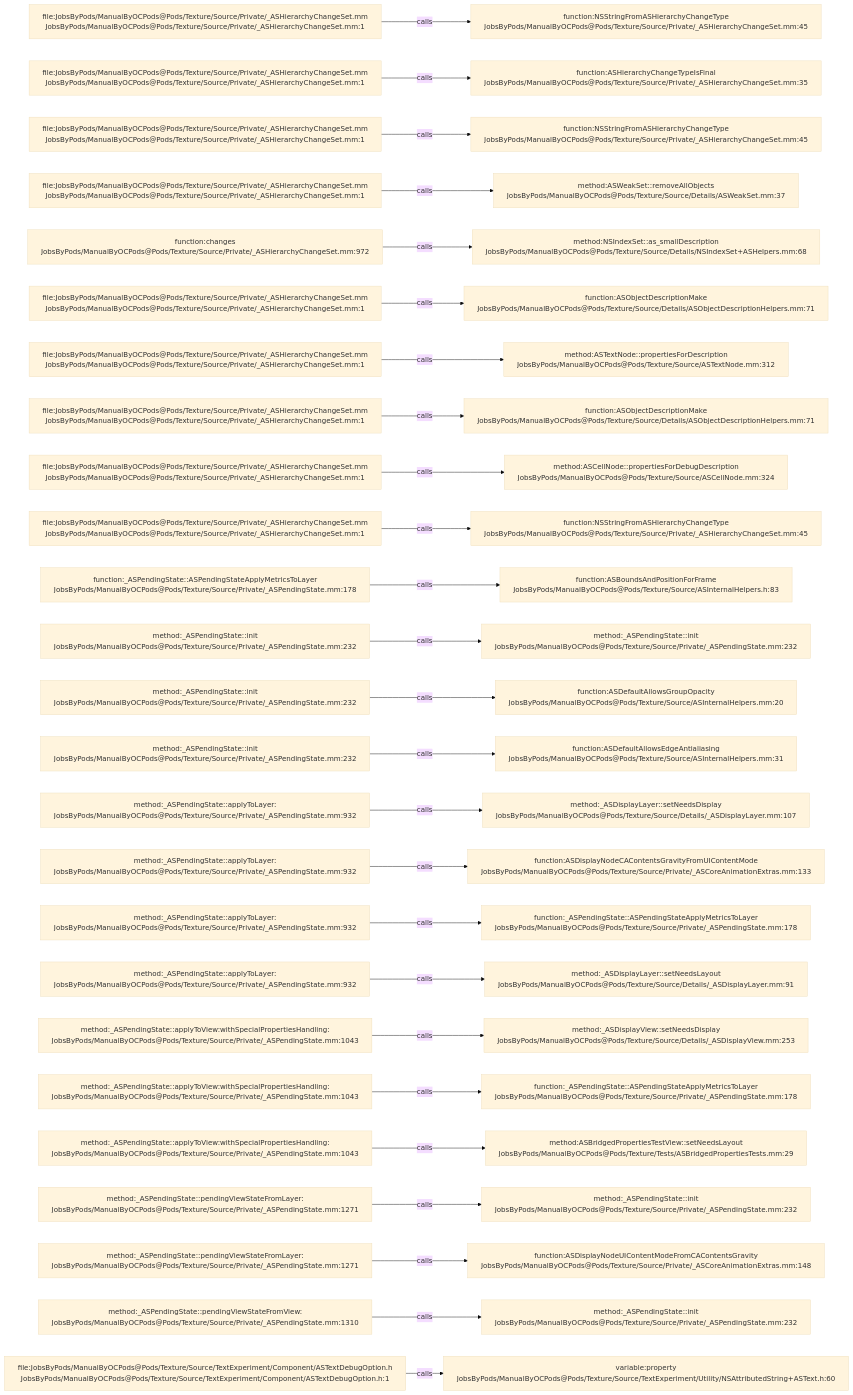
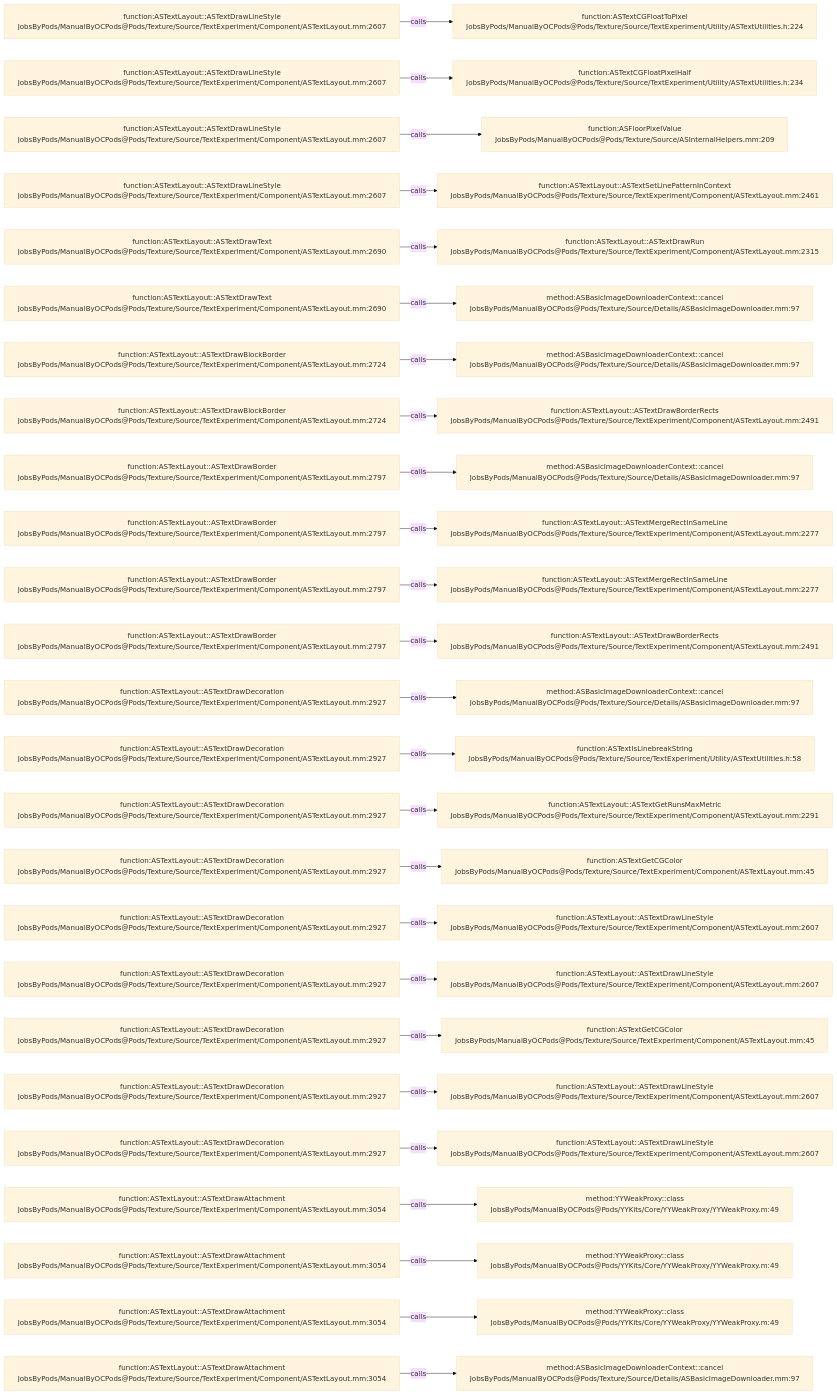
Before and after one commit to JobsKits/JobsOCBaseConfigDemo: the diagram in .codegraph/codegraph.md/graphs/calls-197.md, drawn with Mermaid (base theme). The commit also changed 1448 other files, not shown here.

````diff
--- a/.codegraph/codegraph.md/graphs/calls-197.md
+++ b/.codegraph/codegraph.md/graphs/calls-197.md
@@ -13,78 +13,78 @@
 ```mermaid
 flowchart LR
-  S1["file:JobsByPods/ManualByOCPods@Pods/Texture/Source/Private/_ASHierarchyChangeSet.mm<br/>JobsByPods/ManualByOCPods@Pods/Texture/Source/Private/_ASHierarchyChangeSet.mm:1"]
-  T1["function:NSStringFromASHierarchyChangeType<br/>JobsByPods/ManualByOCPods@Pods/Texture/Source/Private/_ASHierarchyChangeSet.mm:45"]
+  S1["function:ASTextLayout::ASTextDrawLineStyle<br/>JobsByPods/ManualByOCPods@Pods/Texture/Source/TextExperiment/Component/ASTextLayout.mm:2607"]
+  T1["function:ASTextCGFloatToPixel<br/>JobsByPods/ManualByOCPods@Pods/Texture/Source/TextExperiment/Utility/ASTextUtilities.h:224"]
   S1 -->|calls| T1
-  S2["file:JobsByPods/ManualByOCPods@Pods/Texture/Source/Private/_ASHierarchyChangeSet.mm<br/>JobsByPods/ManualByOCPods@Pods/Texture/Source/Private/_ASHierarchyChangeSet.mm:1"]
-  T2["function:ASHierarchyChangeTypeIsFinal<br/>JobsByPods/ManualByOCPods@Pods/Texture/Source/Private/_ASHierarchyChangeSet.mm:35"]
+  S2["function:ASTextLayout::ASTextDrawLineStyle<br/>JobsByPods/ManualByOCPods@Pods/Texture/Source/TextExperiment/Component/ASTextLayout.mm:2607"]
+  T2["function:ASTextCGFloatPixelHalf<br/>JobsByPods/ManualByOCPods@Pods/Texture/Source/TextExperiment/Utility/ASTextUtilities.h:234"]
   S2 -->|calls| T2
-  S3["file:JobsByPods/ManualByOCPods@Pods/Texture/Source/Private/_ASHierarchyChangeSet.mm<br/>JobsByPods/ManualByOCPods@Pods/Texture/Source/Private/_ASHierarchyChangeSet.mm:1"]
-  T3["function:NSStringFromASHierarchyChangeType<br/>JobsByPods/ManualByOCPods@Pods/Texture/Source/Private/_ASHierarchyChangeSet.mm:45"]
+  S3["function:ASTextLayout::ASTextDrawLineStyle<br/>JobsByPods/ManualByOCPods@Pods/Texture/Source/TextExperiment/Component/ASTextLayout.mm:2607"]
+  T3["function:ASFloorPixelValue<br/>JobsByPods/ManualByOCPods@Pods/Texture/Source/ASInternalHelpers.mm:209"]
   S3 -->|calls| T3
-  S4["file:JobsByPods/ManualByOCPods@Pods/Texture/Source/Private/_ASHierarchyChangeSet.mm<br/>JobsByPods/ManualByOCPods@Pods/Texture/Source/Private/_ASHierarchyChangeSet.mm:1"]
-  T4["method:ASWeakSet::removeAllObjects<br/>JobsByPods/ManualByOCPods@Pods/Texture/Source/Details/ASWeakSet.mm:37"]
+  S4["function:ASTextLayout::ASTextDrawLineStyle<br/>JobsByPods/ManualByOCPods@Pods/Texture/Source/TextExperiment/Component/ASTextLayout.mm:2607"]
+  T4["function:ASTextLayout::ASTextSetLinePatternInContext<br/>JobsByPods/ManualByOCPods@Pods/Texture/Source/TextExperiment/Component/ASTextLayout.mm:2461"]
   S4 -->|calls| T4
-  S5["function:changes<br/>JobsByPods/ManualByOCPods@Pods/Texture/Source/Private/_ASHierarchyChangeSet.mm:972"]
-  T5["method:NSIndexSet::as_smallDescription<br/>JobsByPods/ManualByOCPods@Pods/Texture/Source/Details/NSIndexSet+ASHelpers.mm:68"]
+  S5["function:ASTextLayout::ASTextDrawText<br/>JobsByPods/ManualByOCPods@Pods/Texture/Source/TextExperiment/Component/ASTextLayout.mm:2690"]
+  T5["function:ASTextLayout::ASTextDrawRun<br/>JobsByPods/ManualByOCPods@Pods/Texture/Source/TextExperiment/Component/ASTextLayout.mm:2315"]
   S5 -->|calls| T5
-  S6["file:JobsByPods/ManualByOCPods@Pods/Texture/Source/Private/_ASHierarchyChangeSet.mm<br/>JobsByPods/ManualByOCPods@Pods/Texture/Source/Private/_ASHierarchyChangeSet.mm:1"]
-  T6["function:ASObjectDescriptionMake<br/>JobsByPods/ManualByOCPods@Pods/Texture/Source/Details/ASObjectDescriptionHelpers.mm:71"]
+  S6["function:ASTextLayout::ASTextDrawText<br/>JobsByPods/ManualByOCPods@Pods/Texture/Source/TextExperiment/Component/ASTextLayout.mm:2690"]
+  T6["method:ASBasicImageDownloaderContext::cancel<br/>JobsByPods/ManualByOCPods@Pods/Texture/Source/Details/ASBasicImageDownloader.mm:97"]
   S6 -->|calls| T6
-  S7["file:JobsByPods/ManualByOCPods@Pods/Texture/Source/Private/_ASHierarchyChangeSet.mm<br/>JobsByPods/ManualByOCPods@Pods/Texture/Source/Private/_ASHierarchyChangeSet.mm:1"]
-  T7["method:ASTextNode::propertiesForDescription<br/>JobsByPods/ManualByOCPods@Pods/Texture/Source/ASTextNode.mm:312"]
+  S7["function:ASTextLayout::ASTextDrawBlockBorder<br/>JobsByPods/ManualByOCPods@Pods/Texture/Source/TextExperiment/Component/ASTextLayout.mm:2724"]
+  T7["method:ASBasicImageDownloaderContext::cancel<br/>JobsByPods/ManualByOCPods@Pods/Texture/Source/Details/ASBasicImageDownloader.mm:97"]
   S7 -->|calls| T7
-  S8["file:JobsByPods/ManualByOCPods@Pods/Texture/Source/Private/_ASHierarchyChangeSet.mm<br/>JobsByPods/ManualByOCPods@Pods/Texture/Source/Private/_ASHierarchyChangeSet.mm:1"]
-  T8["function:ASObjectDescriptionMake<br/>JobsByPods/ManualByOCPods@Pods/Texture/Source/Details/ASObjectDescriptionHelpers.mm:71"]
+  S8["function:ASTextLayout::ASTextDrawBlockBorder<br/>JobsByPods/ManualByOCPods@Pods/Texture/Source/TextExperiment/Component/ASTextLayout.mm:2724"]
+  T8["function:ASTextLayout::ASTextDrawBorderRects<br/>JobsByPods/ManualByOCPods@Pods/Texture/Source/TextExperiment/Component/ASTextLayout.mm:2491"]
   S8 -->|calls| T8
-  S9["file:JobsByPods/ManualByOCPods@Pods/Texture/Source/Private/_ASHierarchyChangeSet.mm<br/>JobsByPods/ManualByOCPods@Pods/Texture/Source/Private/_ASHierarchyChangeSet.mm:1"]
-  T9["method:ASCellNode::propertiesForDebugDescription<br/>JobsByPods/ManualByOCPods@Pods/Texture/Source/ASCellNode.mm:324"]
+  S9["function:ASTextLayout::ASTextDrawBorder<br/>JobsByPods/ManualByOCPods@Pods/Texture/Source/TextExperiment/Component/ASTextLayout.mm:2797"]
+  T9["method:ASBasicImageDownloaderContext::cancel<br/>JobsByPods/ManualByOCPods@Pods/Texture/Source/Details/ASBasicImageDownloader.mm:97"]
   S9 -->|calls| T9
-  S10["file:JobsByPods/ManualByOCPods@Pods/Texture/Source/Private/_ASHierarchyChangeSet.mm<br/>JobsByPods/ManualByOCPods@Pods/Texture/Source/Private/_ASHierarchyChangeSet.mm:1"]
-  T10["function:NSStringFromASHierarchyChangeType<br/>JobsByPods/ManualByOCPods@Pods/Texture/Source/Private/_ASHierarchyChangeSet.mm:45"]
+  S10["function:ASTextLayout::ASTextDrawBorder<br/>JobsByPods/ManualByOCPods@Pods/Texture/Source/TextExperiment/Component/ASTextLayout.mm:2797"]
+  T10["function:ASTextLayout::ASTextMergeRectInSameLine<br/>JobsByPods/ManualByOCPods@Pods/Texture/Source/TextExperiment/Component/ASTextLayout.mm:2277"]
   S10 -->|calls| T10
-  S11["function:_ASPendingState::ASPendingStateApplyMetricsToLayer<br/>JobsByPods/ManualByOCPods@Pods/Texture/Source/Private/_ASPendingState.mm:178"]
-  T11["function:ASBoundsAndPositionForFrame<br/>JobsByPods/ManualByOCPods@Pods/Texture/Source/ASInternalHelpers.h:83"]
+  S11["function:ASTextLayout::ASTextDrawBorder<br/>JobsByPods/ManualByOCPods@Pods/Texture/Source/TextExperiment/Component/ASTextLayout.mm:2797"]
+  T11["function:ASTextLayout::ASTextMergeRectInSameLine<br/>JobsByPods/ManualByOCPods@Pods/Texture/Source/TextExperiment/Component/ASTextLayout.mm:2277"]
   S11 -->|calls| T11
-  S12["method:_ASPendingState::init<br/>JobsByPods/ManualByOCPods@Pods/Texture/Source/Private/_ASPendingState.mm:232"]
-  T12["method:_ASPendingState::init<br/>JobsByPods/ManualByOCPods@Pods/Texture/Source/Private/_ASPendingState.mm:232"]
+  S12["function:ASTextLayout::ASTextDrawBorder<br/>JobsByPods/ManualByOCPods@Pods/Texture/Source/TextExperiment/Component/ASTextLayout.mm:2797"]
+  T12["function:ASTextLayout::ASTextDrawBorderRects<br/>JobsByPods/ManualByOCPods@Pods/Texture/Source/TextExperiment/Component/ASTextLayout.mm:2491"]
   S12 -->|calls| T12
-  S13["method:_ASPendingState::init<br/>JobsByPods/ManualByOCPods@Pods/Texture/Source/Private/_ASPendingState.mm:232"]
-  T13["function:ASDefaultAllowsGroupOpacity<br/>JobsByPods/ManualByOCPods@Pods/Texture/Source/ASInternalHelpers.mm:20"]
+  S13["function:ASTextLayout::ASTextDrawDecoration<br/>JobsByPods/ManualByOCPods@Pods/Texture/Source/TextExperiment/Component/ASTextLayout.mm:2927"]
+  T13["method:ASBasicImageDownloaderContext::cancel<br/>JobsByPods/ManualByOCPods@Pods/Texture/Source/Details/ASBasicImageDownloader.mm:97"]
   S13 -->|calls| T13
-  S14["method:_ASPendingState::init<br/>JobsByPods/ManualByOCPods@Pods/Texture/Source/Private/_ASPendingState.mm:232"]
-  T14["function:ASDefaultAllowsEdgeAntialiasing<br/>JobsByPods/ManualByOCPods@Pods/Texture/Source/ASInternalHelpers.mm:31"]
+  S14["function:ASTextLayout::ASTextDrawDecoration<br/>JobsByPods/ManualByOCPods@Pods/Texture/Source/TextExperiment/Component/ASTextLayout.mm:2927"]
+  T14["function:ASTextIsLinebreakString<br/>JobsByPods/ManualByOCPods@Pods/Texture/Source/TextExperiment/Utility/ASTextUtilities.h:58"]
   S14 -->|calls| T14
-  S15["method:_ASPendingState::applyToLayer:<br/>JobsByPods/ManualByOCPods@Pods/Texture/Source/Private/_ASPendingState.mm:932"]
-  T15["method:_ASDisplayLayer::setNeedsDisplay<br/>JobsByPods/ManualByOCPods@Pods/Texture/Source/Details/_ASDisplayLayer.mm:107"]
+  S15["function:ASTextLayout::ASTextDrawDecoration<br/>JobsByPods/ManualByOCPods@Pods/Texture/Source/TextExperiment/Component/ASTextLayout.mm:2927"]
+  T15["function:ASTextLayout::ASTextGetRunsMaxMetric<br/>JobsByPods/ManualByOCPods@Pods/Texture/Source/TextExperiment/Component/ASTextLayout.mm:2291"]
   S15 -->|calls| T15
-  S16["method:_ASPendingState::applyToLayer:<br/>JobsByPods/ManualByOCPods@Pods/Texture/Source/Private/_ASPendingState.mm:932"]
-  T16["function:ASDisplayNodeCAContentsGravityFromUIContentMode<br/>JobsByPods/ManualByOCPods@Pods/Texture/Source/Private/_ASCoreAnimationExtras.mm:133"]
+  S16["function:ASTextLayout::ASTextDrawDecoration<br/>JobsByPods/ManualByOCPods@Pods/Texture/Source/TextExperiment/Component/ASTextLayout.mm:2927"]
+  T16["function:ASTextGetCGColor<br/>JobsByPods/ManualByOCPods@Pods/Texture/Source/TextExperiment/Component/ASTextLayout.mm:45"]
   S16 -->|calls| T16
-  S17["method:_ASPendingState::applyToLayer:<br/>JobsByPods/ManualByOCPods@Pods/Texture/Source/Private/_ASPendingState.mm:932"]
-  T17["function:_ASPendingState::ASPendingStateApplyMetricsToLayer<br/>JobsByPods/ManualByOCPods@Pods/Texture/Source/Private/_ASPendingState.mm:178"]
+  S17["function:ASTextLayout::ASTextDrawDecoration<br/>JobsByPods/ManualByOCPods@Pods/Texture/Source/TextExperiment/Component/ASTextLayout.mm:2927"]
+  T17["function:ASTextLayout::ASTextDrawLineStyle<br/>JobsByPods/ManualByOCPods@Pods/Texture/Source/TextExperiment/Component/ASTextLayout.mm:2607"]
   S17 -->|calls| T17
-  S18["method:_ASPendingState::applyToLayer:<br/>JobsByPods/ManualByOCPods@Pods/Texture/Source/Private/_ASPendingState.mm:932"]
-  T18["method:_ASDisplayLayer::setNeedsLayout<br/>JobsByPods/ManualByOCPods@Pods/Texture/Source/Details/_ASDisplayLayer.mm:91"]
+  S18["function:ASTextLayout::ASTextDrawDecoration<br/>JobsByPods/ManualByOCPods@Pods/Texture/Source/TextExperiment/Component/ASTextLayout.mm:2927"]
+  T18["function:ASTextLayout::ASTextDrawLineStyle<br/>JobsByPods/ManualByOCPods@Pods/Texture/Source/TextExperiment/Component/ASTextLayout.mm:2607"]
   S18 -->|calls| T18
-  S19["method:_ASPendingState::applyToView:withSpecialPropertiesHandling:<br/>JobsByPods/ManualByOCPods@Pods/Texture/Source/Private/_ASPendingState.mm:1043"]
-  T19["method:_ASDisplayView::setNeedsDisplay<br/>JobsByPods/ManualByOCPods@Pods/Texture/Source/Details/_ASDisplayView.mm:253"]
+  S19["function:ASTextLayout::ASTextDrawDecoration<br/>JobsByPods/ManualByOCPods@Pods/Texture/Source/TextExperiment/Component/ASTextLayout.mm:2927"]
+  T19["function:ASTextGetCGColor<br/>JobsByPods/ManualByOCPods@Pods/Texture/Source/TextExperiment/Component/ASTextLayout.mm:45"]
   S19 -->|calls| T19
-  S20["method:_ASPendingState::applyToView:withSpecialPropertiesHandling:<br/>JobsByPods/ManualByOCPods@Pods/Texture/Source/Private/_ASPendingState.mm:1043"]
-  T20["function:_ASPendingState::ASPendingStateApplyMetricsToLayer<br/>JobsByPods/ManualByOCPods@Pods/Texture/Source/Private/_ASPendingState.mm:178"]
+  S20["function:ASTextLayout::ASTextDrawDecoration<br/>JobsByPods/ManualByOCPods@Pods/Texture/Source/TextExperiment/Component/ASTextLayout.mm:2927"]
+  T20["function:ASTextLayout::ASTextDrawLineStyle<br/>JobsByPods/ManualByOCPods@Pods/Texture/Source/TextExperiment/Component/ASTextLayout.mm:2607"]
   S20 -->|calls| T20
-  S21["method:_ASPendingState::applyToView:withSpecialPropertiesHandling:<br/>JobsByPods/ManualByOCPods@Pods/Texture/Source/Private/_ASPendingState.mm:1043"]
-  T21["method:ASBridgedPropertiesTestView::setNeedsLayout<br/>JobsByPods/ManualByOCPods@Pods/Texture/Tests/ASBridgedPropertiesTests.mm:29"]
+  S21["function:ASTextLayout::ASTextDrawDecoration<br/>JobsByPods/ManualByOCPods@Pods/Texture/Source/TextExperiment/Component/ASTextLayout.mm:2927"]
+  T21["function:ASTextLayout::ASTextDrawLineStyle<br/>JobsByPods/ManualByOCPods@Pods/Texture/Source/TextExperiment/Component/ASTextLayout.mm:2607"]
   S21 -->|calls| T21
-  S22["method:_ASPendingState::pendingViewStateFromLayer:<br/>JobsByPods/ManualByOCPods@Pods/Texture/Source/Private/_ASPendingState.mm:1271"]
-  T22["method:_ASPendingState::init<br/>JobsByPods/ManualByOCPods@Pods/Texture/Source/Private/_ASPendingState.mm:232"]
+  S22["function:ASTextLayout::ASTextDrawAttachment<br/>JobsByPods/ManualByOCPods@Pods/Texture/Source/TextExperiment/Component/ASTextLayout.mm:3054"]
+  T22["method:YYWeakProxy::class<br/>JobsByPods/ManualByOCPods@Pods/YYKits/Core/YYWeakProxy/YYWeakProxy.m:49"]
   S22 -->|calls| T22
-  S23["method:_ASPendingState::pendingViewStateFromLayer:<br/>JobsByPods/ManualByOCPods@Pods/Texture/Source/Private/_ASPendingState.mm:1271"]
-  T23["function:ASDisplayNodeUIContentModeFromCAContentsGravity<br/>JobsByPods/ManualByOCPods@Pods/Texture/Source/Private/_ASCoreAnimationExtras.mm:148"]
+  S23["function:ASTextLayout::ASTextDrawAttachment<br/>JobsByPods/ManualByOCPods@Pods/Texture/Source/TextExperiment/Component/ASTextLayout.mm:3054"]
+  T23["method:YYWeakProxy::class<br/>JobsByPods/ManualByOCPods@Pods/YYKits/Core/YYWeakProxy/YYWeakProxy.m:49"]
   S23 -->|calls| T23
-  S24["method:_ASPendingState::pendingViewStateFromView:<br/>JobsByPods/ManualByOCPods@Pods/Texture/Source/Private/_ASPendingState.mm:1310"]
-  T24["method:_ASPendingState::init<br/>JobsByPods/ManualByOCPods@Pods/Texture/Source/Private/_ASPendingState.mm:232"]
+  S24["function:ASTextLayout::ASTextDrawAttachment<br/>JobsByPods/ManualByOCPods@Pods/Texture/Source/TextExperiment/Component/ASTextLayout.mm:3054"]
+  T24["method:YYWeakProxy::class<br/>JobsByPods/ManualByOCPods@Pods/YYKits/Core/YYWeakProxy/YYWeakProxy.m:49"]
   S24 -->|calls| T24
-  S25["file:JobsByPods/ManualByOCPods@Pods/Texture/Source/TextExperiment/Component/ASTextDebugOption.h<br/>JobsByPods/ManualByOCPods@Pods/Texture/Source/TextExperiment/Component/ASTextDebugOption.h:1"]
-  T25["variable:property<br/>JobsByPods/ManualByOCPods@Pods/Texture/Source/TextExperiment/Utility/NSAttributedString+ASText.h:60"]
+  S25["function:ASTextLayout::ASTextDrawAttachment<br/>JobsByPods/ManualByOCPods@Pods/Texture/Source/TextExperiment/Component/ASTextLayout.mm:3054"]
+  T25["method:ASBasicImageDownloaderContext::cancel<br/>JobsByPods/ManualByOCPods@Pods/Texture/Source/Details/ASBasicImageDownloader.mm:97"]
   S25 -->|calls| T25
 ```
````
